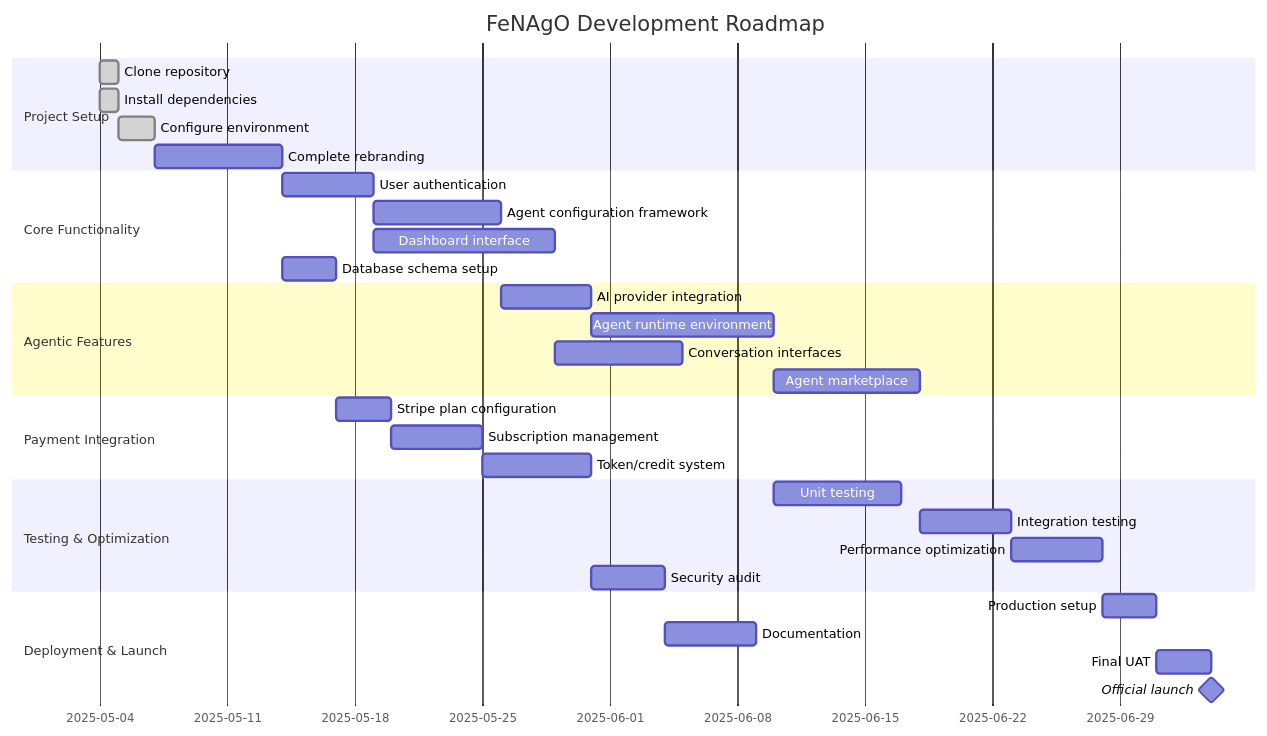
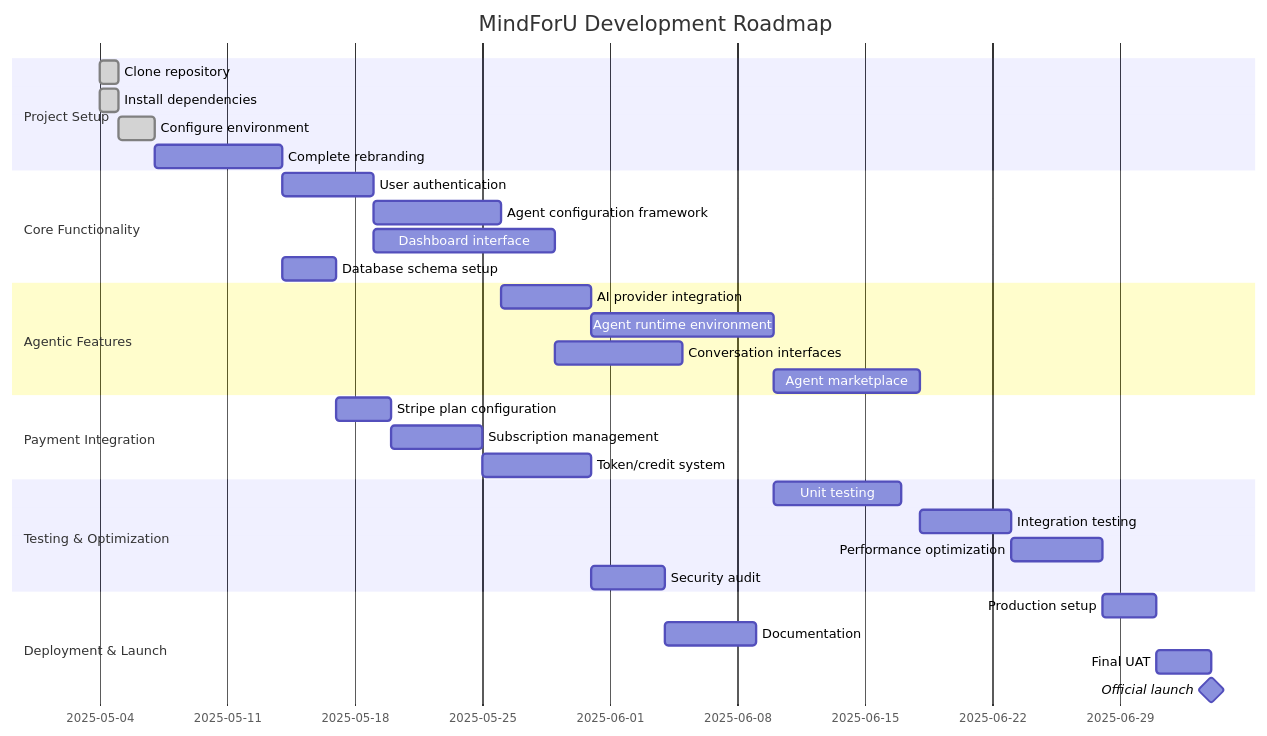
The diagram in DevPlanDocs/mermaid-development-roadmap.md (erlandrivero/MindForUPublic), drawn with Mermaid before and after one commit. The commit also changed other lines of this file and 13 other files, not shown here.

Commit message:
Rebrand: Replace all occurrences of FeNAgO with MindForU in documentation and code.

````diff
--- a/DevPlanDocs/mermaid-development-roadmap.md
+++ b/DevPlanDocs/mermaid-development-roadmap.md
@@ -5,39 +5,39 @@
 ```mermaid
 gantt
-    title FeNAgO Development Roadmap
+    title MindForU Development Roadmap
     dateFormat  YYYY-MM-DD
     section Project Setup
     Clone repository           :done, s1, 2025-05-04, 1d
     Install dependencies      :done, s2, 2025-05-04, 1d
     Configure environment     :done, s3, after s2, 2d
     Complete rebranding       :s4, after s3, 7d
     
     section Core Functionality
     User authentication        :c1, after s4, 5d
     Agent configuration framework :c2, after c1, 7d
     Dashboard interface        :c3, after c1, 10d
     Database schema setup      :c4, after s4, 3d
     
     section Agentic Features
     AI provider integration    :a1, after c2, 5d
     Agent runtime environment  :a2, after a1, 10d
     Conversation interfaces    :a3, after c3, 7d
     Agent marketplace          :a4, after a2, 8d
     
     section Payment Integration
     Stripe plan configuration  :p1, after c4, 3d
     Subscription management    :p2, after p1, 5d
     Token/credit system        :p3, after p2, 6d
     
     section Testing & Optimization
     Unit testing               :t1, after a2, 7d
     Integration testing        :t2, after a4, 5d
     Performance optimization   :t3, after t2, 5d
     Security audit             :t4, after p3, 4d
     
     section Deployment & Launch
     Production setup           :d1, after t3, 3d
     Documentation              :d2, after t4, 5d
     Final UAT                  :d3, after d1, 3d
     Official launch            :milestone, m1, after d2 d3, 0d
 ```
````
